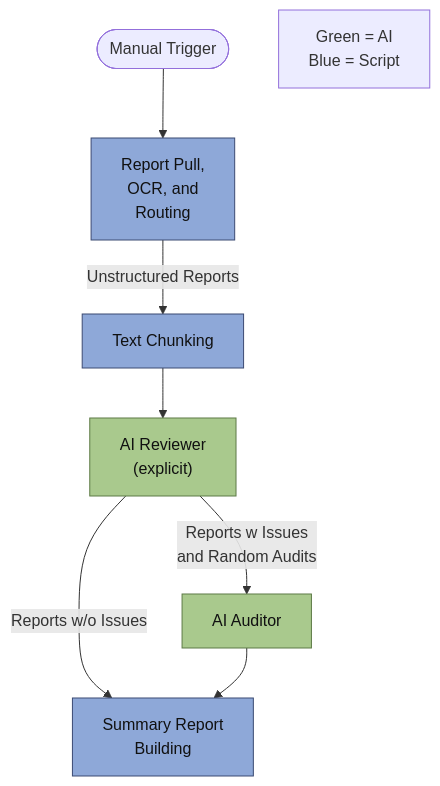
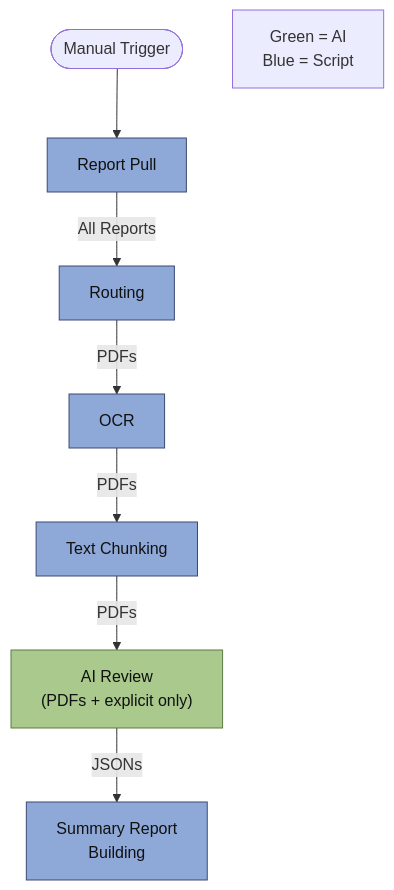
One commit to ChristopherAppier/WebFIRE_Review changed the diagram in docs/flow_charts/mvp_pipeline_chart.md. Above: the diagram before and after it, drawn with Mermaid. The commit also changed 2 other files, not shown here.

Commit message:
Updated flow charts and to do based on current goals for project

````diff
--- a/docs/flow_charts/mvp_pipeline_chart.md
+++ b/docs/flow_charts/mvp_pipeline_chart.md
@@ -1,28 +1,29 @@
 ```mermaid
 flowchart TB
 
 	%% Defining the nodes and their labels
-	TGR([Manual Trigger])
-	RPR[Report Pull,<br/>OCR, and<br/>Routing]
-	OTC[Text Chunking]
-	AIR["AI Reviewer<br/>(explicit)"]
-	AIA[AI Auditor]
-	SRB[Summary Report<br/>Building]
-	TEXT[Green = AI<br/>Blue = Script]
+	Trigger([Manual Trigger])
+	RepPull[Report Pull]
+	Route[Routing]
+	OCR[OCR]
+	TextChunk[Text Chunking]
+	AIRev["AI Review<br/>(PDFs + explicit only)"]
+	Summary[Summary Report<br/>Building]
+	INFO[Green = AI<br/>Blue = Script]
 
 	%% Linking the nodes
-	TGR --> RPR
-	RPR -- Unstructured Reports --> OTC
-	OTC --> AIR
-	AIR -- Reports w/o Issues --> SRB
-	AIR -- Reports w Issues<br/>and Random Audits --> AIA
-	AIA --> SRB
+	Trigger --> RepPull
+	RepPull -- All Reports --> Route
+	Route -- PDFs --> OCR
+	OCR -- PDFs --> TextChunk
+	TextChunk -- PDFs--> AIRev
+	AIRev -- JSONs--> Summary
 
 	%% Create classes for the node colors
 	classDef blue fill:#8EA8D8,stroke:#3B4A73,color:#111,stroke-width:1px;
 	classDef green fill:#A9C98D,stroke:#5D7A46,color:#111,stroke-width:1px;
 
 	%% Assigning the nodes to their classes
-	class RPR,PS,OTC,SRB blue;
-	class AIR,AIA green;
+	class RepPull,Route,OCR,TextChunk,Summary blue;
+	class AIRev green;
 ```
````
